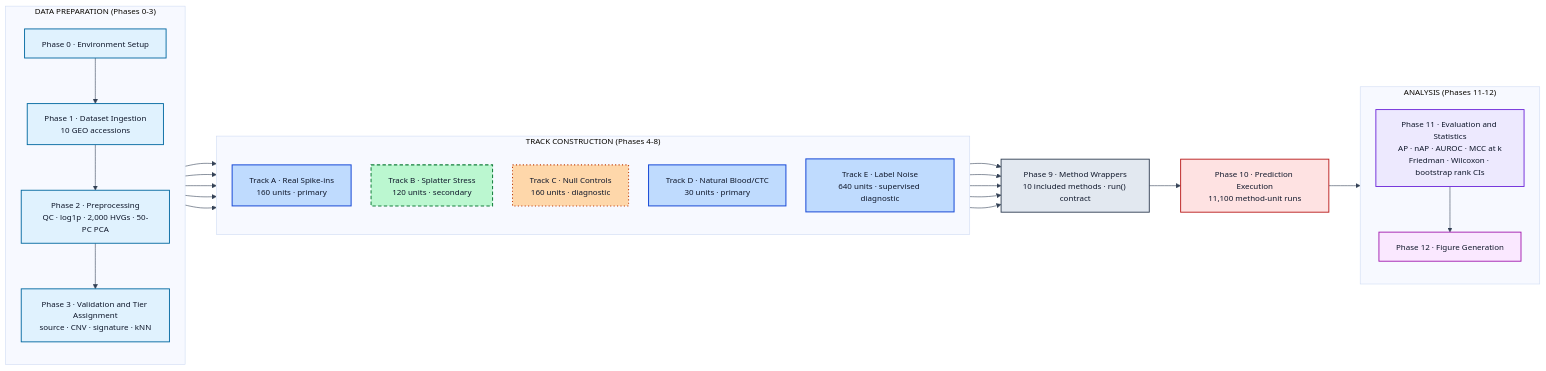
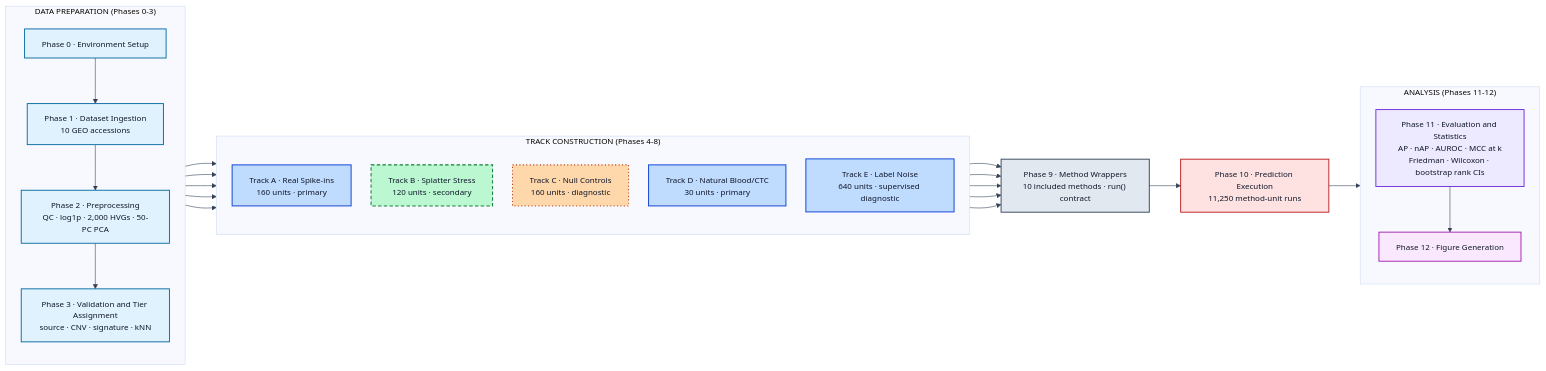
One commit to jaswanthmoram/reach-rarecell-benchmark changed the diagram in docs/assets/architecture.mmd. Above: the diagram before and after it, drawn with Mermaid. The commit also changed 114 other files, not shown here.

```diff
--- a/docs/assets/architecture.mmd
+++ b/docs/assets/architecture.mmd
@@ -1,60 +1,60 @@
 %%{init: {"theme":"base","themeVariables":{"fontFamily":"Helvetica, Arial, sans-serif","fontSize":"14px","lineColor":"#334155"},"flowchart":{"nodeSpacing":35,"rankSpacing":55,"curve":"basis","htmlLabels":false}}}%%
 flowchart LR
 
   subgraph PREP["DATA PREPARATION (Phases 0-3)"]
     direction TB
     P0["Phase 0 · Environment Setup"]
     P1["Phase 1 · Dataset Ingestion<br/>10 GEO accessions"]
     P2["Phase 2 · Preprocessing<br/>QC · log1p · 2,000 HVGs · 50-PC PCA"]
     P3["Phase 3 · Validation and Tier Assignment<br/>source · CNV · signature · kNN"]
     P0 --> P1 --> P2 --> P3
   end
 
   subgraph TRACKS["TRACK CONSTRUCTION (Phases 4-8)"]
     direction TB
     TA["Track A · Real Spike-ins<br/>160 units · primary"]
     TB["Track B · Splatter Stress<br/>120 units · secondary"]
     TC["Track C · Null Controls<br/>160 units · diagnostic"]
     TD["Track D · Natural Blood/CTC<br/>30 units · primary"]
     TE["Track E · Label Noise<br/>640 units · supervised diagnostic"]
   end
 
   P9["Phase 9 · Method Wrappers<br/>10 included methods · run() contract"]
-  P10["Phase 10 · Prediction Execution<br/>11,100 method-unit runs"]
+  P10["Phase 10 · Prediction Execution<br/>11,250 method-unit runs"]
 
   subgraph EVAL["ANALYSIS (Phases 11-12)"]
     direction TB
     P11["Phase 11 · Evaluation and Statistics<br/>AP · nAP · AUROC · MCC at k<br/>Friedman · Wilcoxon · bootstrap rank CIs"]
     P12["Phase 12 · Figure Generation"]
     P11 --> P12
   end
 
   P3 --> TA
   P3 --> TB
   P3 --> TC
   P3 --> TD
   P3 --> TE
   TA --> P9
   TB --> P9
   TC --> P9
   TD --> P9
   TE --> P9
   P9 --> P10 --> P11
 
   classDef prep    fill:#e0f2fe,stroke:#0369a1,stroke-width:1.6px,color:#0f172a;
   classDef primary fill:#bfdbfe,stroke:#1d4ed8,stroke-width:1.8px,color:#0f172a;
   classDef second  fill:#bbf7d0,stroke:#15803d,stroke-width:1.8px,stroke-dasharray:6 4,color:#0f172a;
   classDef diag    fill:#fed7aa,stroke:#c2410c,stroke-width:1.8px,stroke-dasharray:2 4,color:#0f172a;
   classDef method  fill:#e2e8f0,stroke:#334155,stroke-width:1.6px,color:#0f172a;
   classDef exec    fill:#fee2e2,stroke:#b91c1c,stroke-width:1.6px,color:#0f172a;
   classDef eval    fill:#ede9fe,stroke:#6d28d9,stroke-width:1.6px,color:#0f172a;
   classDef figs    fill:#fae8ff,stroke:#a21caf,stroke-width:1.6px,color:#0f172a;
 
   class P0,P1,P2,P3 prep;
   class TA,TD,TE primary;
   class TB second;
   class TC diag;
   class P9 method;
   class P10 exec;
   class P11 eval;
   class P12 figs;
```
